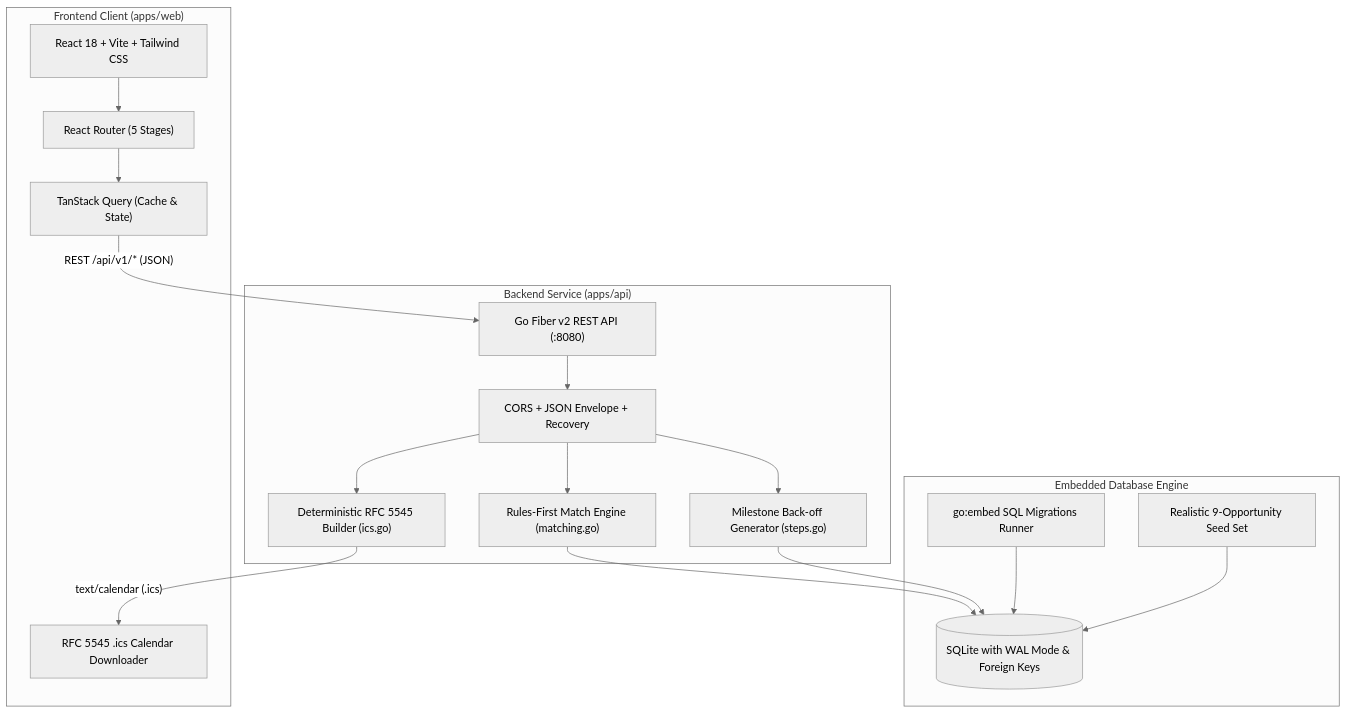
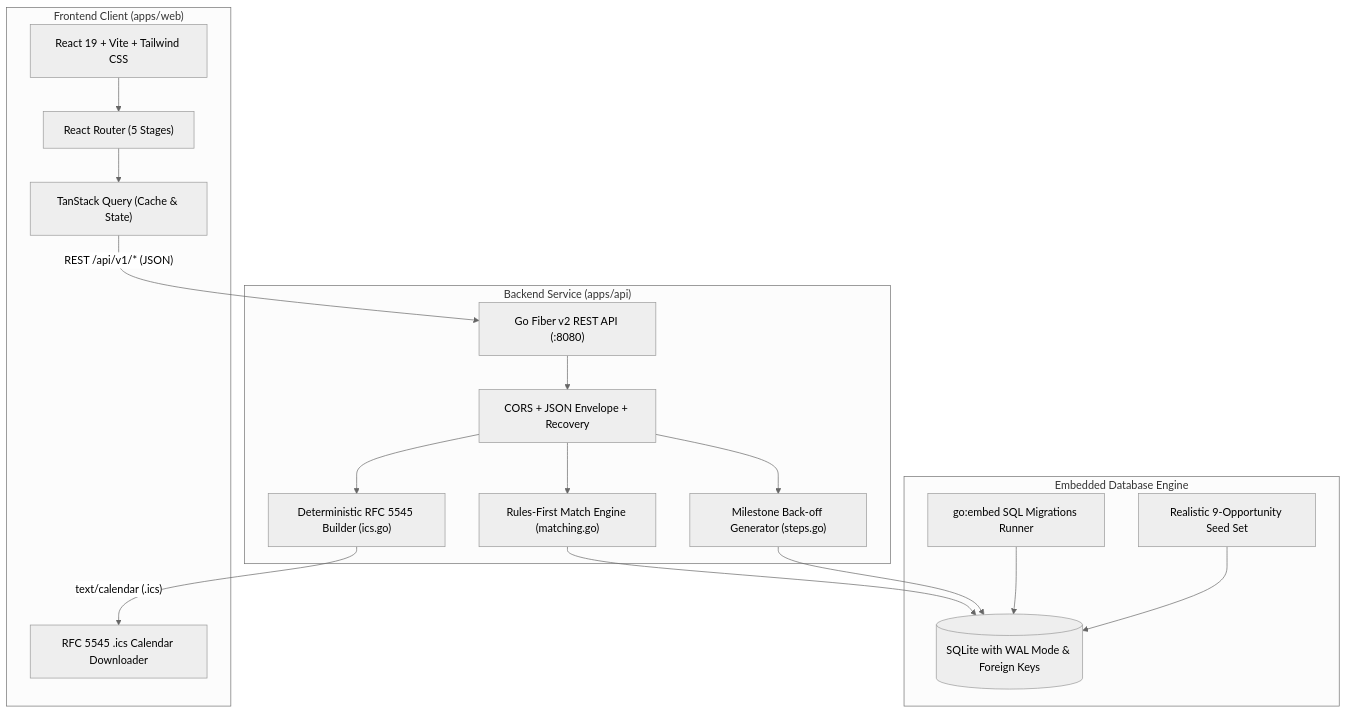
The first of 2 diagrams in docs/ARCHITECTURE.md (TheSnowLord/Dexathon_Team-Zyven), drawn with Mermaid (neutral theme) before and after one commit. The commit also changed 4 other files, not shown here.

````diff
--- a/docs/ARCHITECTURE.md
+++ b/docs/ARCHITECTURE.md
@@ -22,36 +22,36 @@
 ```mermaid
 flowchart TD
     subgraph Browser ["Frontend Client (apps/web)"]
-        UI["React 18 + Vite + Tailwind CSS"]
+        UI["React 19 + Vite + Tailwind CSS"]
         Rtr["React Router (5 Stages)"]
         TQ["TanStack Query (Cache & State)"]
         ICS["RFC 5545 .ics Calendar Downloader"]
     end
 
     subgraph API ["Backend Service (apps/api)"]
         Fib["Go Fiber v2 REST API (:8080)"]
         Eng["Rules-First Match Engine (matching.go)"]
         PlanGen["Milestone Back-off Generator (steps.go)"]
         ICSGen["Deterministic RFC 5545 Builder (ics.go)"]
         Midd["CORS + JSON Envelope + Recovery"]
     end
 
     subgraph Storage ["Embedded Database Engine"]
         DB[(SQLite with WAL Mode & Foreign Keys)]
         Mig["go:embed SQL Migrations Runner"]
         Seed["Realistic 9-Opportunity Seed Set"]
     end
 
     UI --> Rtr
     Rtr --> TQ
     TQ -- "REST /api/v1/* (JSON)" --> Fib
     Fib --> Midd
     Midd --> Eng
     Midd --> PlanGen
     Midd --> ICSGen
     Eng --> DB
     PlanGen --> DB
     Mig --> DB
     Seed --> DB
     ICSGen -- "text/calendar (.ics)" --> ICS
 ```
````
